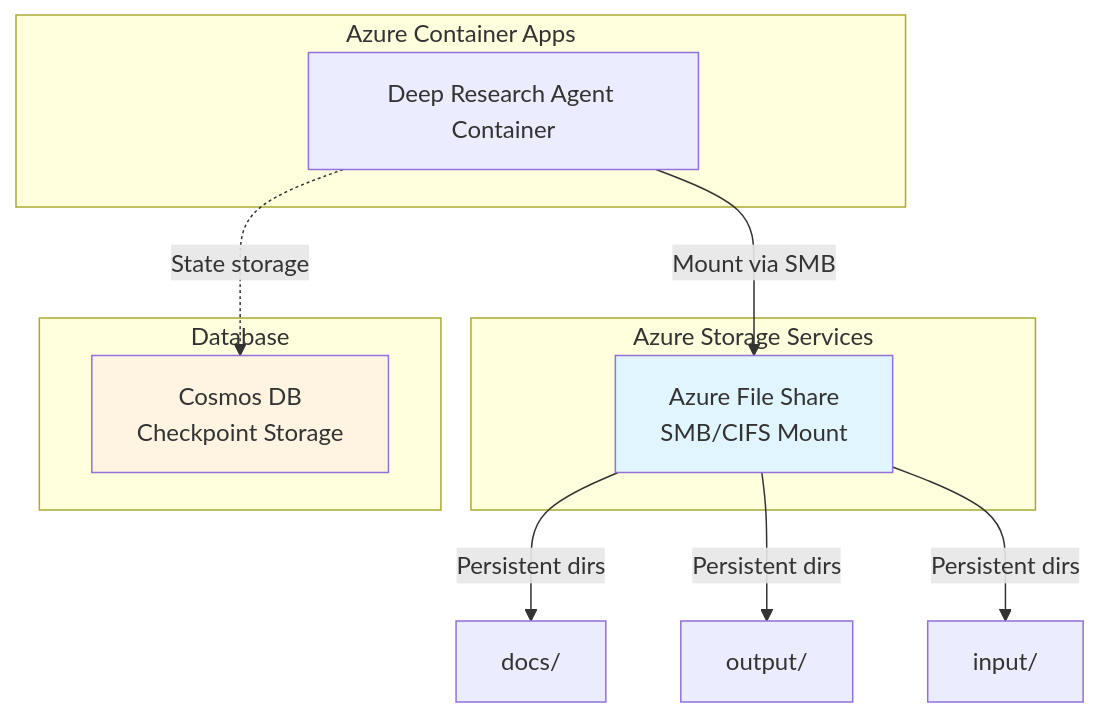
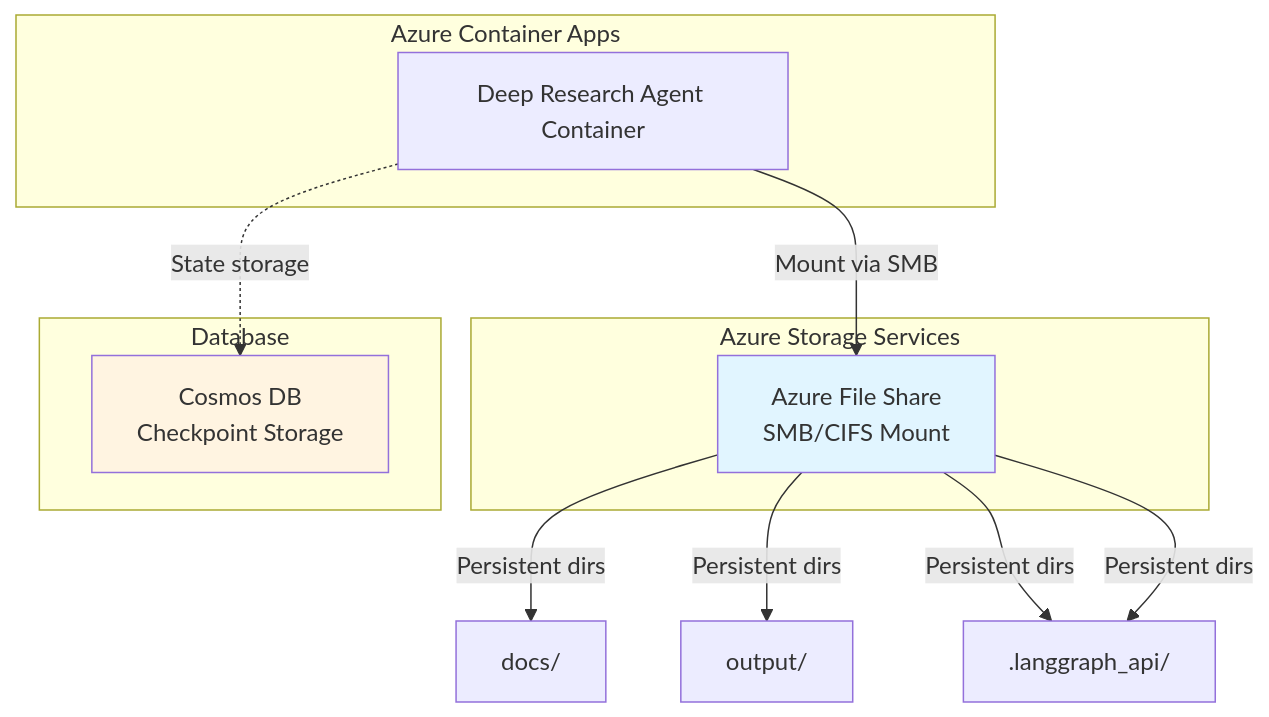
Before and after one commit to jerryshao2012/deepagents-demo: the third of 3 diagrams in deep_research/AZURE_DEPLOY.md, drawn with Mermaid. The commit also changed other lines of this file and 5 other files, not shown here.

````diff
--- a/deep_research/AZURE_DEPLOY.md
+++ b/deep_research/AZURE_DEPLOY.md
@@ -512,24 +582,25 @@
 ```mermaid
 graph TB
     subgraph "Azure Container Apps"
         ACA[Deep Research Agent Container]
     end
     
     subgraph "Azure Storage Services"
         FileShare[Azure File Share<br/>SMB/CIFS Mount]
     end
     
     subgraph "Database"
         CosmosDB[Cosmos DB<br/>Checkpoint Storage]
     end
     
     ACA -->|Mount via SMB| FileShare
     ACA -.->|State storage| CosmosDB
     
     FileShare -->|Persistent dirs| Docs[docs/]
     FileShare -->|Persistent dirs| Output[output/]
     FileShare -->|Persistent dirs| Input[input/]
+    FileShare -->|Persistent dirs| Input[.langgraph_api/]
     
     style FileShare fill:#e1f5ff
     style CosmosDB fill:#fff4e1
 ```
````
